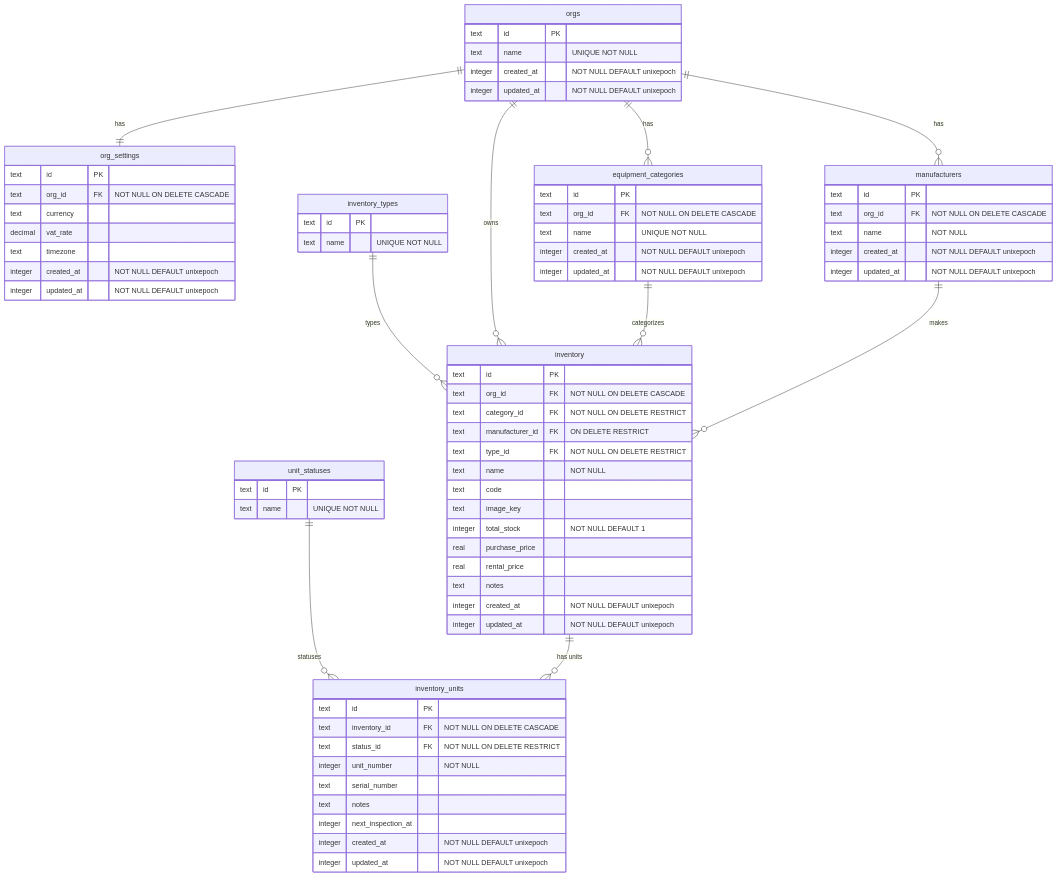
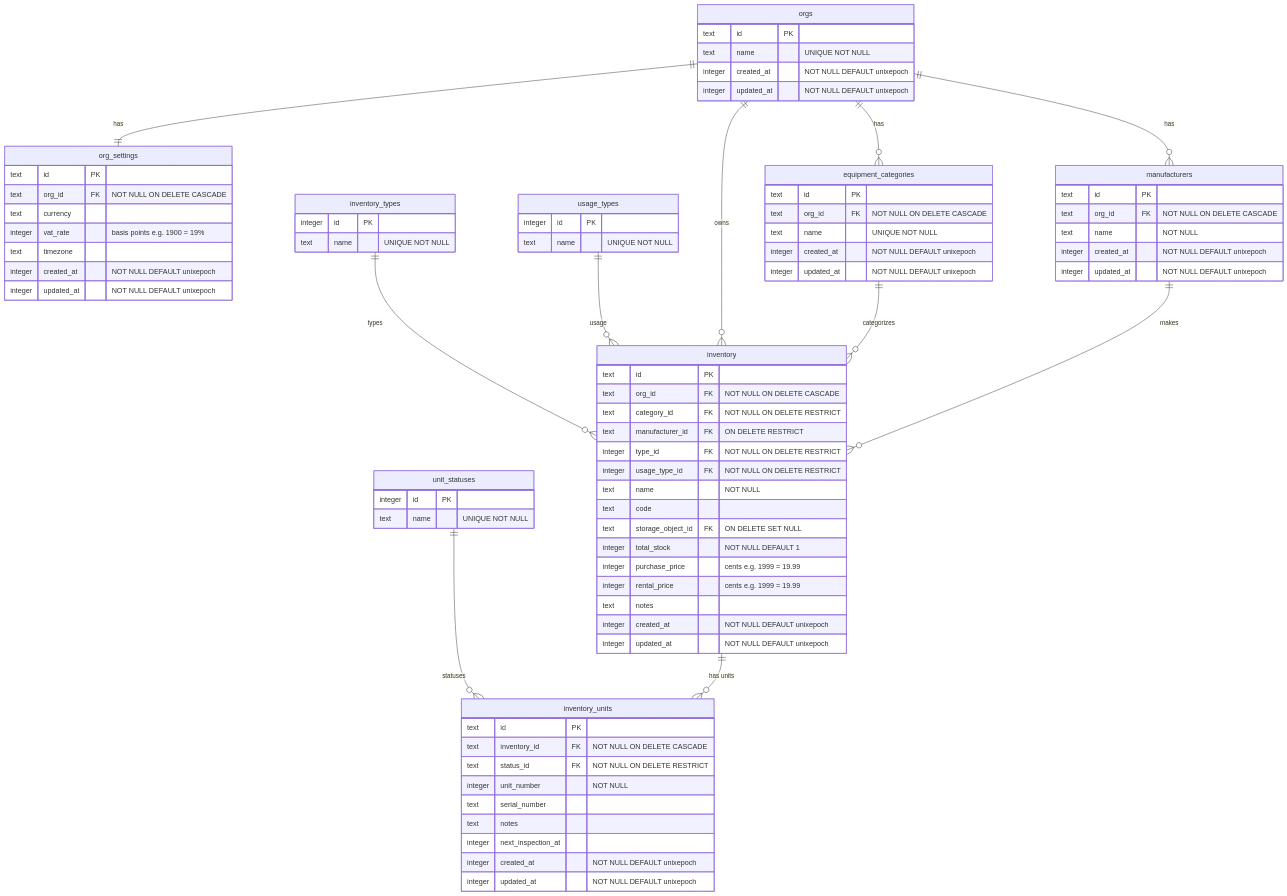
Before and after one commit to bit8bytes/gearberg: the diagram in wiki/ERD.md, drawn with Mermaid. The commit also changed 39 other files, not shown here.

```diff
--- a/wiki/ERD.md
+++ b/wiki/ERD.md
@@ -13,7 +13,7 @@
     text id PK
     text org_id FK "NOT NULL ON DELETE CASCADE"
     text currency
-    decimal vat_rate
+    integer vat_rate "basis points e.g. 1900 = 19%"
     text timezone
     integer created_at "NOT NULL DEFAULT unixepoch"
     integer updated_at "NOT NULL DEFAULT unixepoch"
@@ -37,31 +37,39 @@
   %% name must be unique per org: UNIQUE(org_id, name)
 
   inventory_types {
-    text id PK
+    integer id PK
     text name "UNIQUE NOT NULL"
   }
   %% seeded with bulk and serialized; extend by inserting new rows
+
+  usage_types {
+    integer id PK
+    text name "UNIQUE NOT NULL"
+  }
+  %% seeded with rental and sale; extend by inserting new rows
 
   inventory {
     text id PK
     text org_id FK "NOT NULL ON DELETE CASCADE"
     text category_id FK "NOT NULL ON DELETE RESTRICT"
     text manufacturer_id FK "ON DELETE RESTRICT"
-    text type_id FK "NOT NULL ON DELETE RESTRICT"
+    integer type_id FK "NOT NULL ON DELETE RESTRICT"
+    integer usage_type_id FK "NOT NULL ON DELETE RESTRICT"
     text name "NOT NULL"
     text code
-    text image_key
+    text storage_object_id FK "ON DELETE SET NULL"
     integer total_stock "NOT NULL DEFAULT 1"
-    real purchase_price
-    real rental_price
+    integer purchase_price "cents e.g. 1999 = 19.99"
+    integer rental_price "cents e.g. 1999 = 19.99"
     text notes
     integer created_at "NOT NULL DEFAULT unixepoch"
     integer updated_at "NOT NULL DEFAULT unixepoch"
   }
   %% code is a user-defined identifier (e.g. an internal asset code like 4993); optional and not enforced for uniqueness
+  %% prices are stored exclusive of VAT (net); VAT is applied at invoice time using org_settings.vat_rate
 
   unit_statuses {
-    text id PK
+    integer id PK
     text name "UNIQUE NOT NULL"
   }
   %% seeded with available, in_service, retired
@@ -81,6 +89,7 @@
   %% unit_number is auto-assigned by the application (next available integer per inventory item); serial_number is optional
 
   inventory_types ||--o{ inventory : "types"
+  usage_types ||--o{ inventory : "usage"
   unit_statuses ||--o{ inventory_units : "statuses"
   orgs ||--|| org_settings : "has"
   orgs ||--o{ equipment_categories : "has"
```
